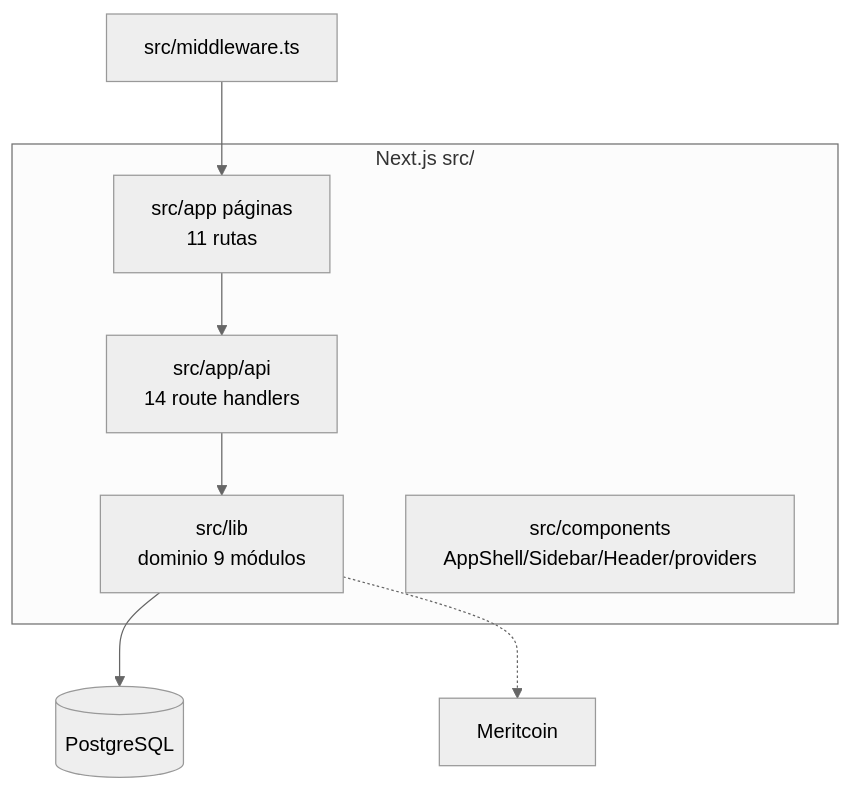
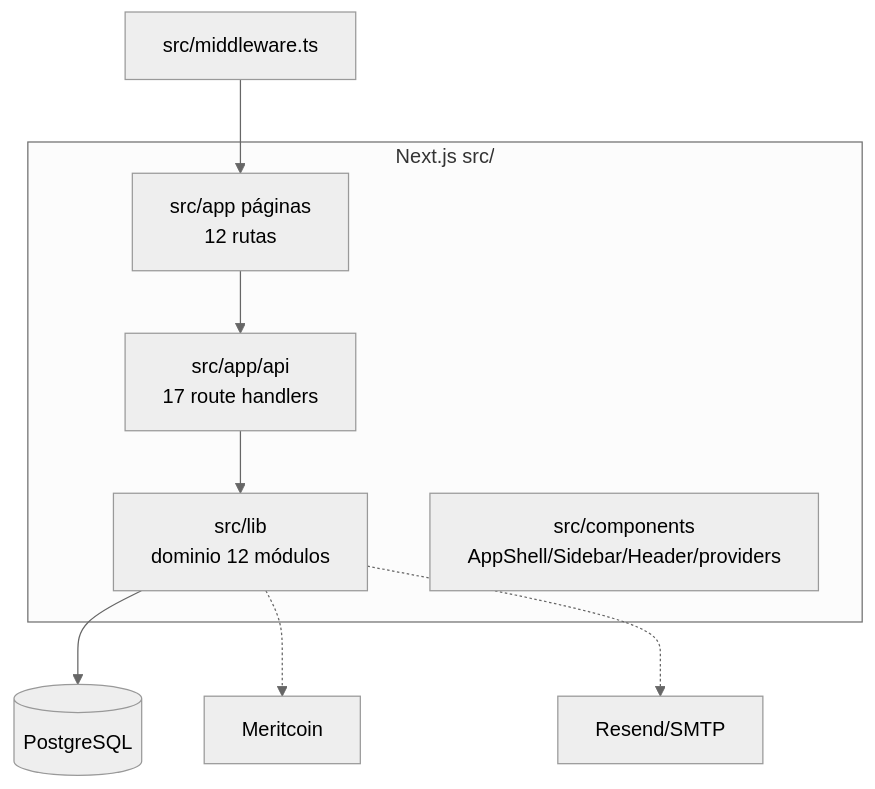
One commit to LuisFelipe634/utb-gamificacion changed the second of 7 diagrams in docs/arc42.md. Above: the diagram before and after it, drawn with Mermaid (neutral theme). The commit also changed other lines of this file and 21 other files, not shown here.

````diff
--- a/docs/arc42.md
+++ b/docs/arc42.md
@@ -82,14 +94,15 @@
 ```mermaid
 flowchart TB
     subgraph APP[Next.js src/]
-        PAGES[src/app páginas\n11 rutas]
-        API[src/app/api\n14 route handlers]
-        LIB[src/lib\ndominio 9 módulos]
+        PAGES[src/app páginas\n12 rutas]
+        API[src/app/api\n17 route handlers]
+        LIB[src/lib\ndominio 12 módulos]
         COMP[src/components\nAppShell/Sidebar/Header/providers]
     end
     PAGES --> API
     API --> LIB
     LIB --> PG[(PostgreSQL)]
     LIB -.-> MC[Meritcoin]
+    LIB -.-> MAIL[Resend/SMTP]
     MW[src/middleware.ts] --> PAGES
 ```
````
